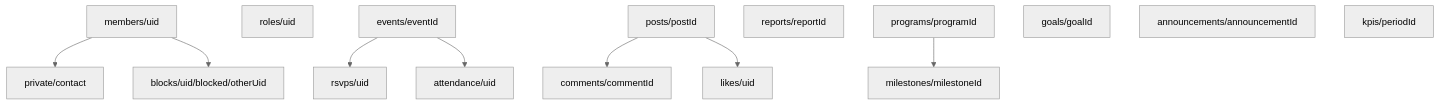
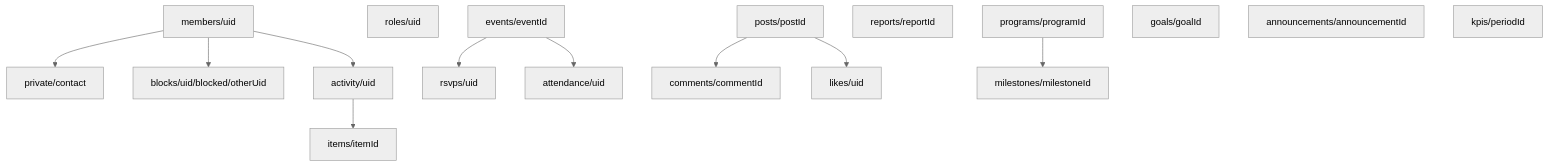
Before and after one commit to TitusNeyland/SigmaSigmaLambdaConnect: the diagram in docs/data-model.md, drawn with Mermaid (neutral theme). The commit also changed other lines of this file and 21 other files, not shown here.

````diff
--- a/docs/data-model.md
+++ b/docs/data-model.md
@@ -20,15 +20,16 @@
 ```mermaid
 flowchart TD
 members[members/uid] --> contact[private/contact]
 members --> blocked[blocks/uid/blocked/otherUid]
+members --> activity[activity/uid] --> items[items/itemId]
 roles[roles/uid]
 events[events/eventId] --> rsvps[rsvps/uid]
 events --> attendance[attendance/uid]
 posts[posts/postId] --> comments[comments/commentId]
 posts --> likes[likes/uid]
 reports[reports/reportId]
 programs[programs/programId] --> milestones[milestones/milestoneId]
 goals[goals/goalId]
 announcements[announcements/announcementId]
 kpis[kpis/periodId]
 ```
````
